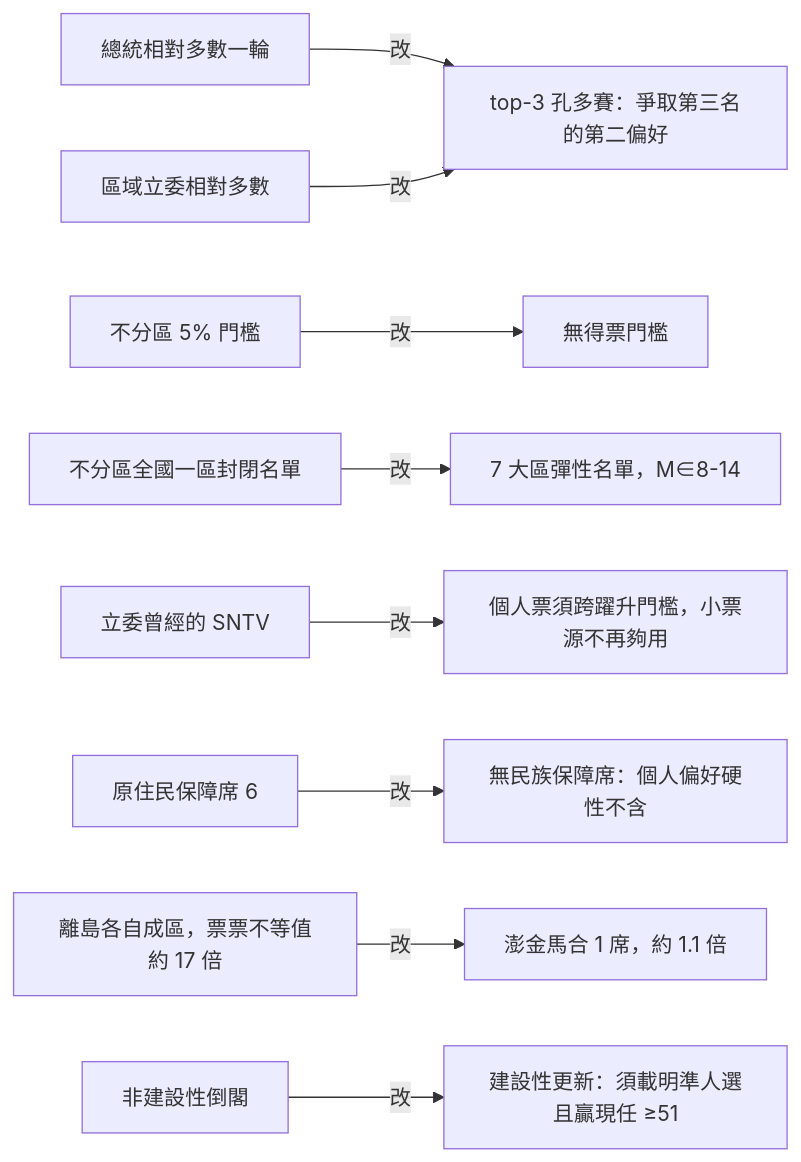
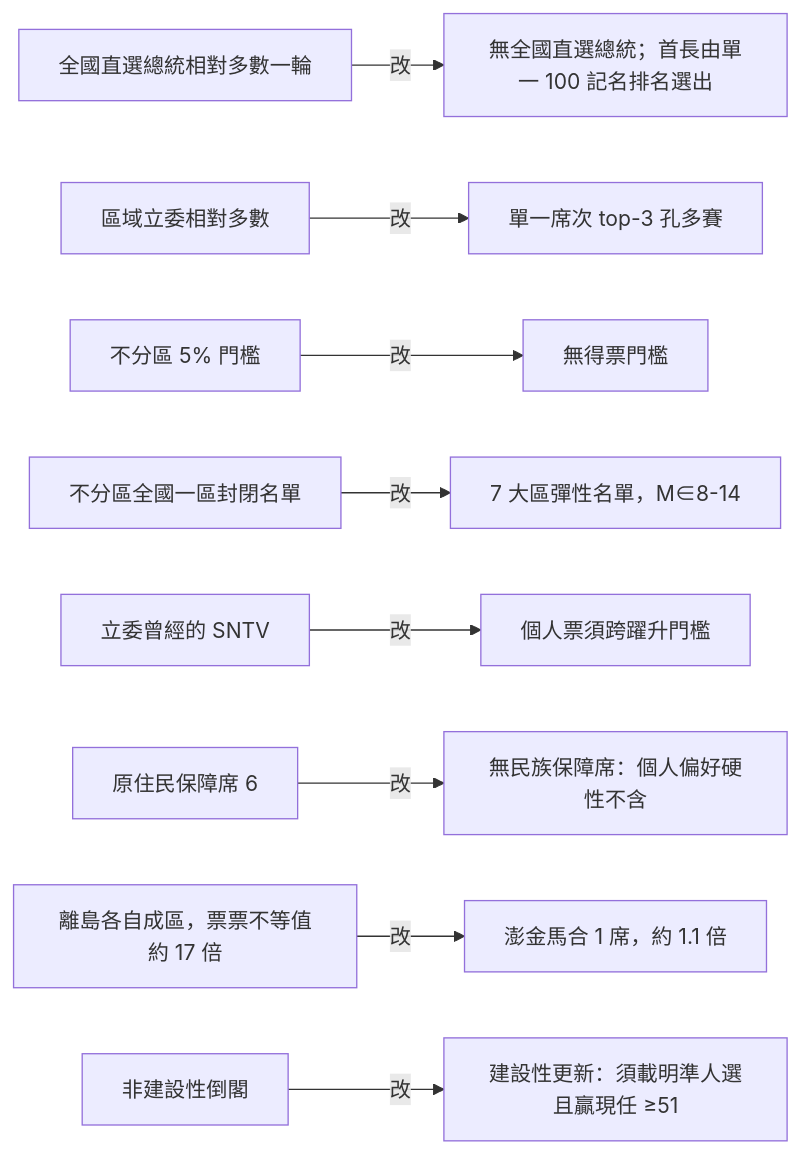
One commit to IRonROOT578/Political-Economy-Research-Public changed the second of 10 diagrams in topics/regime-designs/designs/台灣/一院議會制/憲政架構圖.md. Above: the diagram before and after it, drawn with Mermaid. The commit also changed other lines of this file and 253 other files, not shown here.

````diff
--- a/topics/regime-designs/designs/台灣/一院議會制/憲政架構圖.md
+++ b/topics/regime-designs/designs/台灣/一院議會制/憲政架構圖.md
@@ -27,11 +27,11 @@
 ```mermaid
 flowchart LR
-  N1[總統相對多數一輪] -->|改| C1[top-3 孔多賽：爭取第三名的第二偏好]
-  N2[區域立委相對多數] -->|改| C1
-  N3[不分區 5% 門檻] -->|改| C2[無得票門檻]
-  N4[不分區全國一區封閉名單] -->|改| C3[7 大區彈性名單，M∈8-14]
-  N5[立委曾經的 SNTV] -->|改| C4[個人票須跨躍升門檻，小票源不再夠用]
-  N6[原住民保障席 6] -->|改| C5[無民族保障席：個人偏好硬性不含]
-  N7[離島各自成區，票票不等值約 17 倍] -->|改| C6[澎金馬合 1 席，約 1.1 倍]
-  N8[非建設性倒閣] -->|改| C7[建設性更新：須載明準人選且贏現任 ≥51]
+  N1[全國直選總統相對多數一輪] -->|改| C1[無全國直選總統；首長由單一 100 記名排名選出]
+  N2[區域立委相對多數] -->|改| C2[單一席次 top-3 孔多賽]
+  N3[不分區 5% 門檻] -->|改| C3[無得票門檻]
+  N4[不分區全國一區封閉名單] -->|改| C4[7 大區彈性名單，M∈8-14]
+  N5[立委曾經的 SNTV] -->|改| C5[個人票須跨躍升門檻]
+  N6[原住民保障席 6] -->|改| C6[無民族保障席：個人偏好硬性不含]
+  N7[離島各自成區，票票不等值約 17 倍] -->|改| C7[澎金馬合 1 席，約 1.1 倍]
+  N8[非建設性倒閣] -->|改| C8[建設性更新：須載明準人選且贏現任 ≥51]
 ```
````
